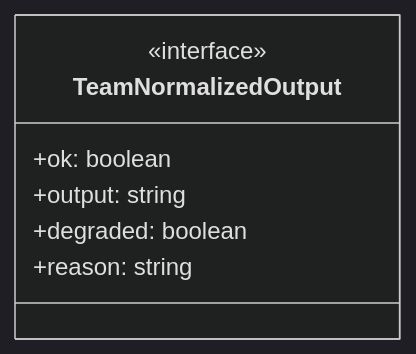
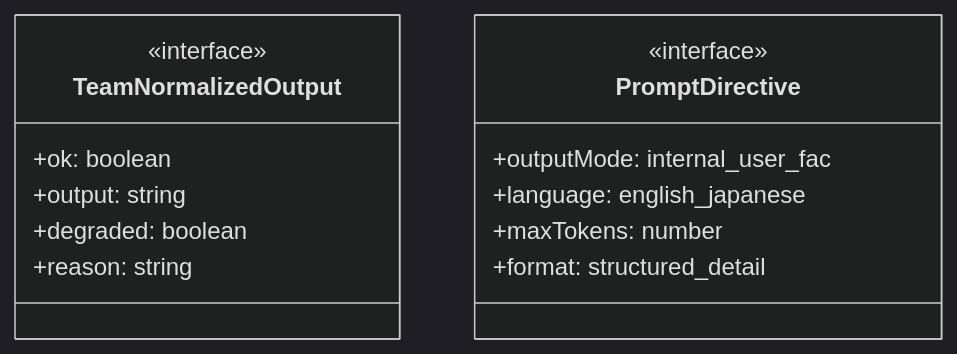
One commit to Mekann2904/mekann changed the first of 4 diagrams in ABDD/.pi/extensions/agent-teams/member-execution.md. Above: the diagram before and after it, drawn with Mermaid (dark theme). The commit also changed other lines of this file and 257 other files, not shown here.

````diff
--- a/ABDD/.pi/extensions/agent-teams/member-execution.md
+++ b/ABDD/.pi/extensions/agent-teams/member-execution.md
@@ -45,10 +45,17 @@
 ```mermaid
 classDiagram
   class TeamNormalizedOutput {
     <<interface>>
     +ok: boolean
     +output: string
     +degraded: boolean
     +reason: string
   }
+  class PromptDirective {
+    <<interface>>
+    +outputMode: internal_user_fac
+    +language: english_japanese
+    +maxTokens: number
+    +format: structured_detail
+  }
 ```
````
